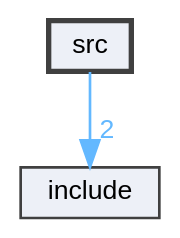
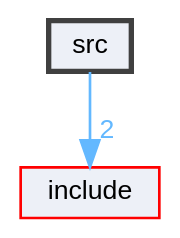
One commit to velocitatem/Symphony changed the diagram in dir_68267d1309a1af8e8297ef4c3efbcdba_dep.dot. Above: the diagram before and after it, drawn with Graphviz. The commit also changed 197 other files, not shown here.

```diff
--- a/dir_68267d1309a1af8e8297ef4c3efbcdba_dep.dot
+++ b/dir_68267d1309a1af8e8297ef4c3efbcdba_dep.dot
@@ -1,12 +1,12 @@
 digraph "src"
 {
  // INTERACTIVE_SVG=YES
  // LATEX_PDF_SIZE
   bgcolor="transparent";
   edge [fontname=Helvetica,fontsize=10,labelfontname=Helvetica,labelfontsize=10];
   node [fontname=Helvetica,fontsize=10,shape=box,height=0.2,width=0.4];
   compound=true
   dir_68267d1309a1af8e8297ef4c3efbcdba [label="src", fillcolor="#edf0f7", color="grey25", style="filled,bold", URL="dir_68267d1309a1af8e8297ef4c3efbcdba.html",tooltip=""];
-  dir_d44c64559bbebec7f509842c48db8b23 [label="include", fillcolor="#edf0f7", color="grey25", style="filled", URL="dir_d44c64559bbebec7f509842c48db8b23.html",tooltip=""];
-  dir_68267d1309a1af8e8297ef4c3efbcdba->dir_d44c64559bbebec7f509842c48db8b23 [headlabel="2", labeldistance=1.5 headhref="dir_000001_000000.html" href="dir_000001_000000.html" color="steelblue1" fontcolor="steelblue1"];
+  dir_d44c64559bbebec7f509842c48db8b23 [label="include", fillcolor="#edf0f7", color="red", style="filled", URL="dir_d44c64559bbebec7f509842c48db8b23.html",tooltip=""];
+  dir_68267d1309a1af8e8297ef4c3efbcdba->dir_d44c64559bbebec7f509842c48db8b23 [headlabel="2", labeldistance=1.5 headhref="dir_000002_000000.html" href="dir_000002_000000.html" color="steelblue1" fontcolor="steelblue1"];
 }
```
